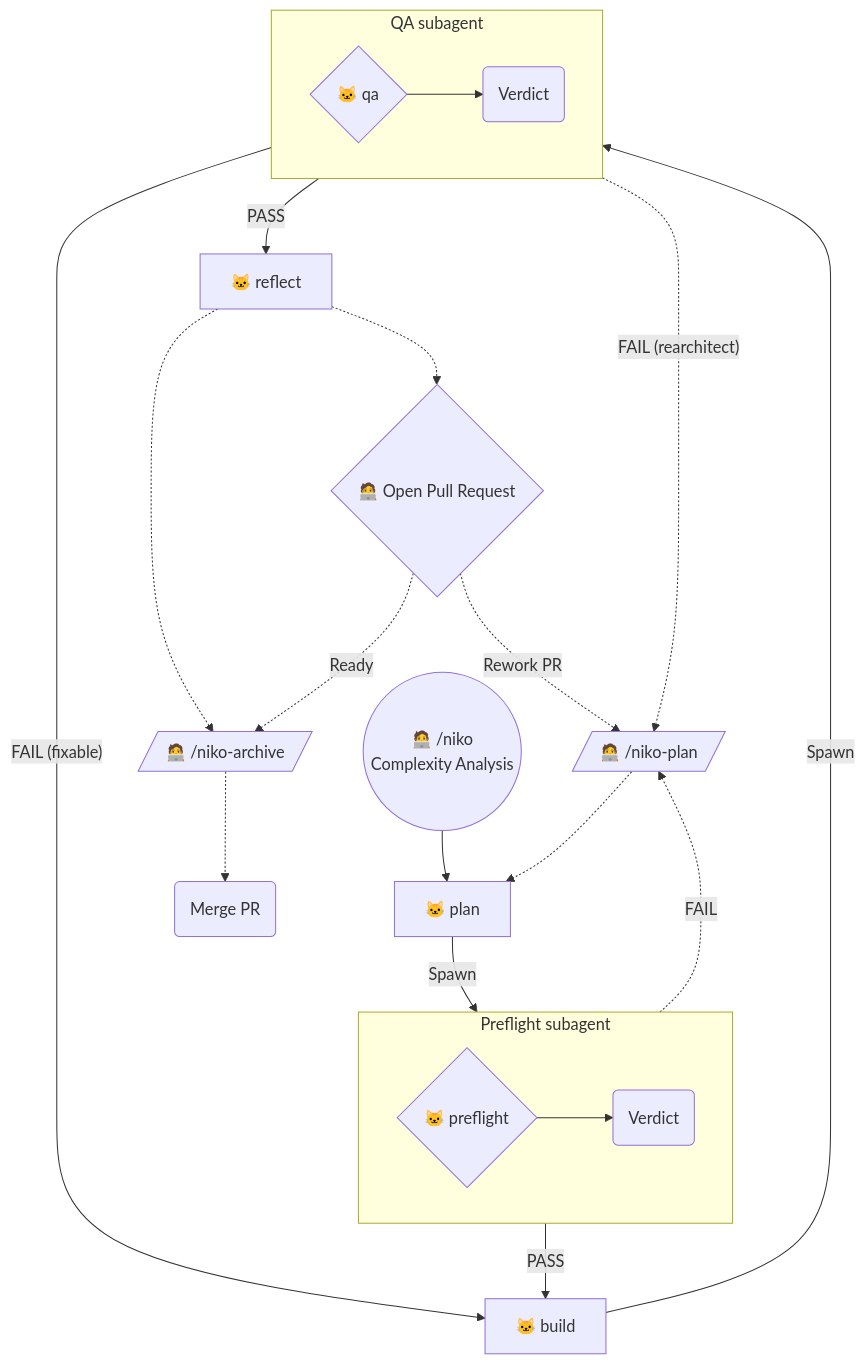
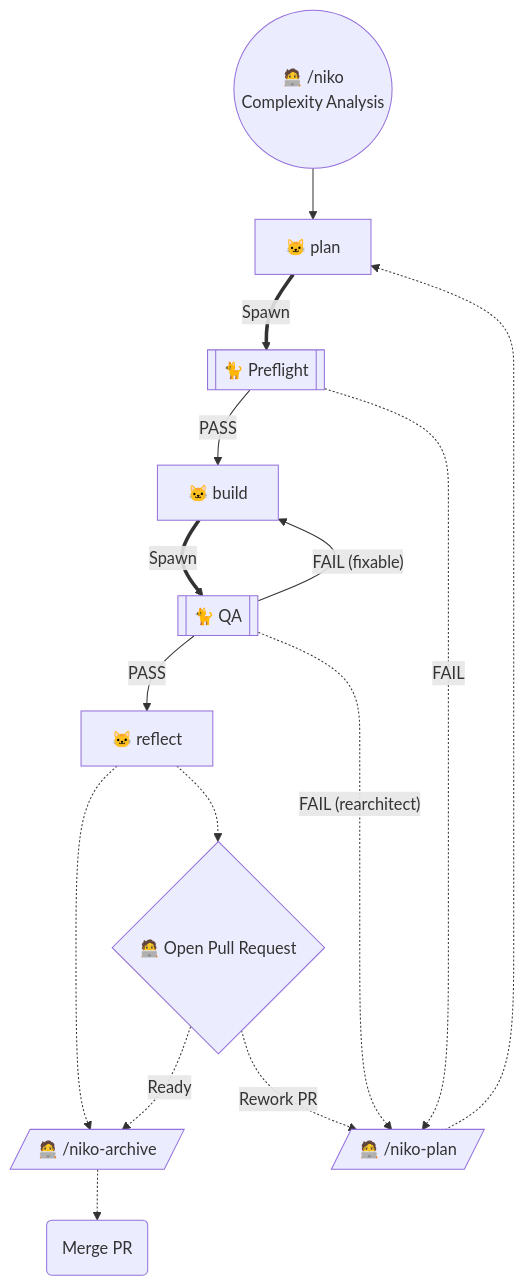
One commit to Texarkanine/.cursor-rules changed the fourth of 6 diagrams in rulesets/niko/README.md. Above: the diagram before and after it, drawn with Mermaid. The commit also changed other lines of this file and 21 other files, not shown here.

Commit message:
fix(niko): readable Spawn charts via Mermaid subprocess encoding (#109)

````diff
--- a/rulesets/niko/README.md
+++ b/rulesets/niko/README.md
@@ -188,32 +168,24 @@
 ```mermaid
 flowchart TD
 	Start(("🧑‍💻 /niko<br>Complexity Analysis")) --> NikoPlan["🐱 plan"]
-	NikoPlan --Spawn--> NikoPreflight
-	subgraph PreflightSubagent["Preflight subagent"]
-		direction LR
-		NikoPreflight{"🐱 preflight"} --> PreflightVerdict("Verdict")
-	end
-	PreflightVerdict -->|"PASS"| NikoBuild["🐱 build"]
-	PreflightVerdict -.->|"FAIL"| ManualPlan[/"🧑‍💻 /niko-plan"/]
+	NikoPlan ==Spawn==> NikoPreflight[["🐈 Preflight"]]
+	NikoPreflight -->|"PASS"| NikoBuild["🐱 build"]
+	NikoPreflight -.->|"FAIL"| ManualPlan[/"🧑‍💻 /niko-plan"/]
 
-	NikoBuild --Spawn--> NikoQA
-	subgraph QASubagent["QA subagent"]
-		direction LR
-		NikoQA{"🐱 qa"} --> QAVerdict("Verdict")
-	end
-	QAVerdict -->|"PASS"| NikoReflect["🐱 reflect"]
+	NikoBuild ==Spawn==> NikoQA[["🐈 QA"]]
+	NikoQA -->|"PASS"| NikoReflect["🐱 reflect"]
 	NikoReflect -.-> ManualArchive[/"🧑‍💻 /niko-archive"/]
-	QAVerdict -->|"FAIL (fixable)"| NikoBuild
-	QAVerdict -.->|"FAIL (rearchitect)"| ManualPlan
+	NikoQA -->|"FAIL (fixable)"| NikoBuild
+	NikoQA -.->|"FAIL (rearchitect)"| ManualPlan
 
 	ManualPlan -.-> NikoPlan
 
 	PR{"🧑‍💻 Open Pull Request"}
 
 	NikoReflect -.-> PR
 
 	PR -."Ready".-> ManualArchive
 	PR -."Rework PR".-> ManualPlan
 
 	ManualArchive -.-> MergePR("Merge PR")
 ```
````
